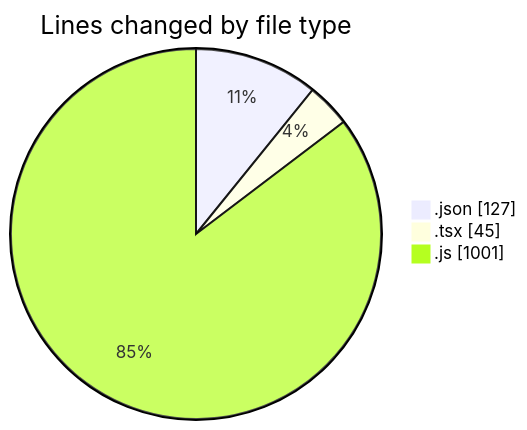
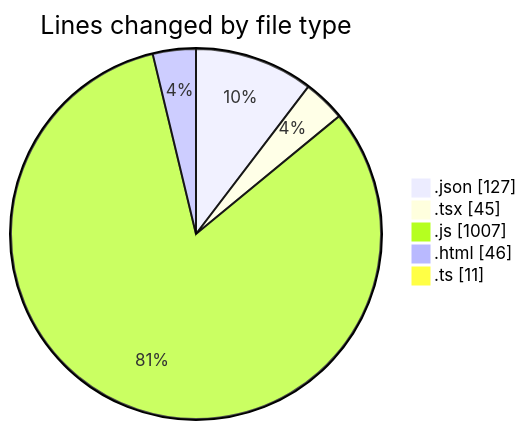
One commit to momahboobian/code-tracking changed the first of 2 diagrams in 2026-04-13/cda/README.md. Above: the diagram before and after it, drawn with Mermaid. The commit also changed other lines of this file and 1 other file, not shown here.

````diff
--- a/2026-04-13/cda/README.md
+++ b/2026-04-13/cda/README.md
@@ -24,7 +27,9 @@
 ```mermaid
 pie showData
 title Lines changed by file type
 ".json" : 127
 ".tsx" : 45
-".js" : 1001
+".js" : 1007
+".html" : 46
+".ts" : 11
 ```
````
